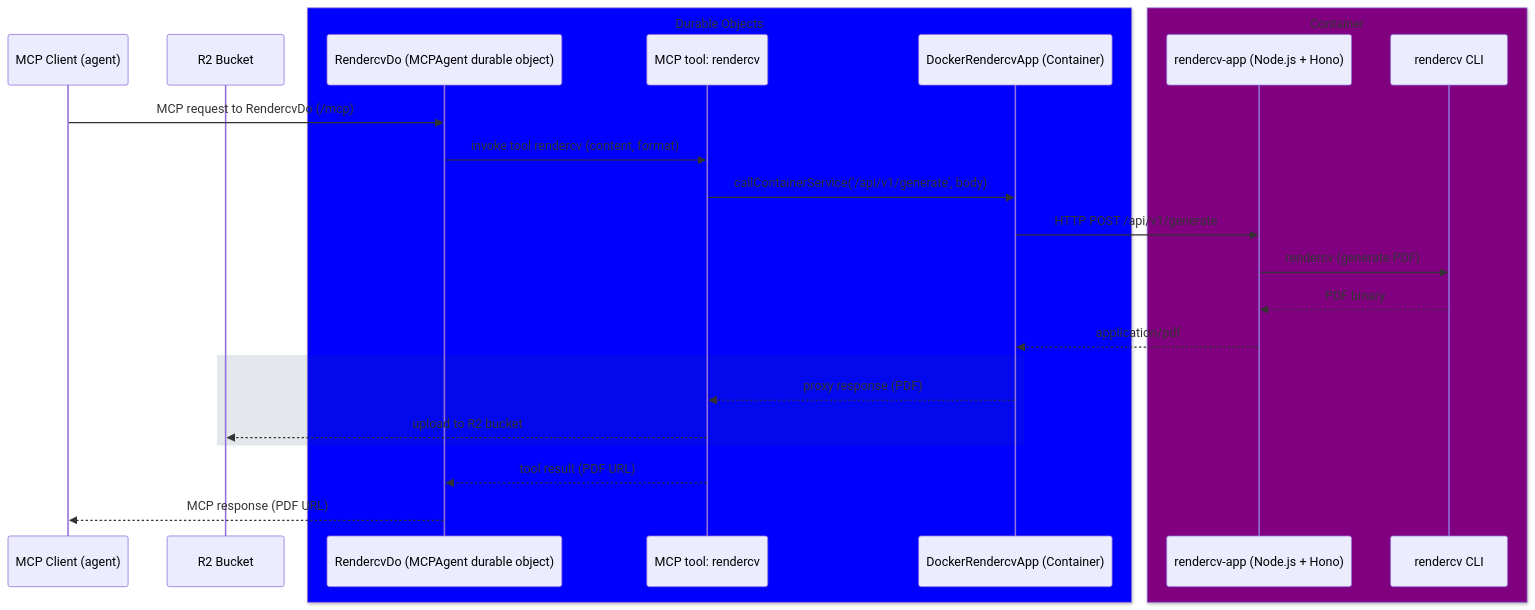
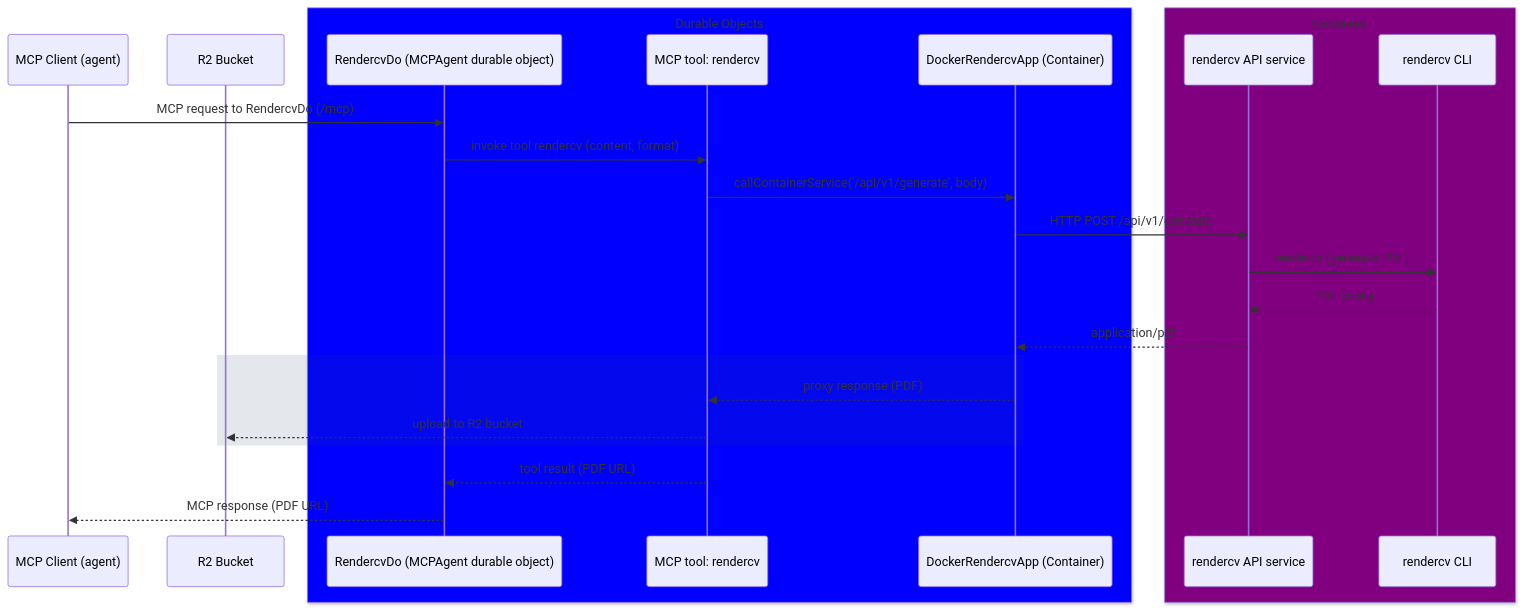
The second of 3 diagrams in README.md (jchoi2x/cf-rendercv), drawn with Mermaid before and after one commit. The commit also changed other lines of this file and 27 other files, not shown here.

First line of the commit message:
Refactor and remove rendercv-app components, streamline project structure

````diff
--- a/README.md
+++ b/README.md
@@ -171,31 +160,31 @@
 ```mermaid
 sequenceDiagram
   participant M as MCP Client (agent)
   participant R2 as R2 Bucket
   box Blue Durable Objects
     participant D as RendercvDo (MCPAgent durable object)
     participant T as MCP tool: rendercv
     participant K as DockerRendercvApp (Container)
   end
   box Purple Container
-    participant A as rendercv-app (Node.js + Hono)
+    participant A as rendercv API service
     participant R as rendercv CLI
   end
 
 
   M->>D: MCP request to RendercvDo (/mcp)
   D->>T: invoke tool rendercv (content, format)
   T->>K: callContainerService('/api/v1/generate', body)
   K->>A: HTTP POST /api/v1/generate
   A->>R: rendercv (generate PDF)
   R-->>A: PDF binary
   A-->>K: application/pdf
 
   rect rgba(33, 66, 99, 0.12)
     K-->>T: proxy response (PDF)
     T-->>R2: upload to R2 bucket
   end
 
   T-->>D: tool result (PDF URL)
   D-->>M: MCP response (PDF URL)
 ```
````
